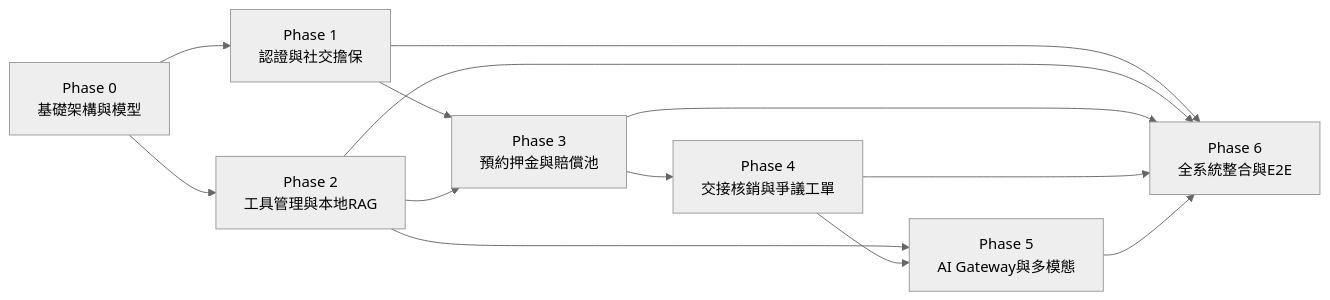
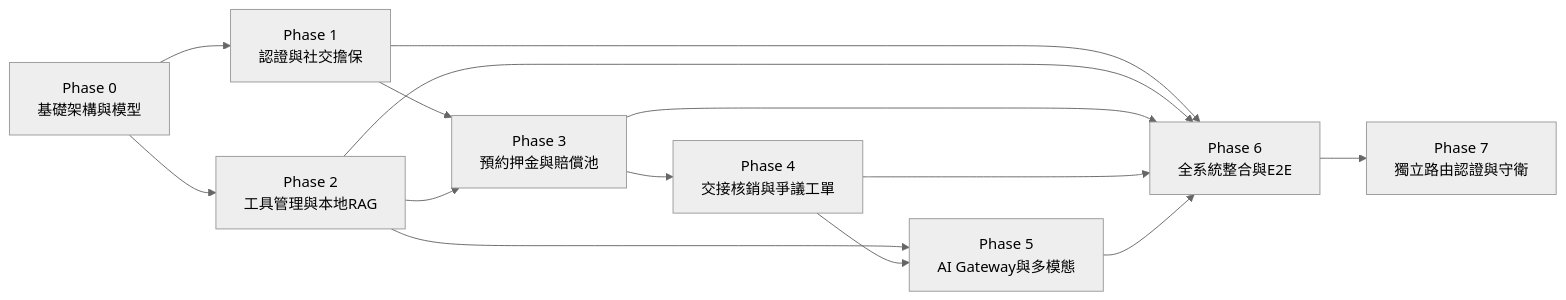
One commit to derickchung/linli-tool changed the diagram in todo.md. Above: the diagram before and after it, drawn with Mermaid (neutral theme). The commit also changed other lines of this file and 33 other files, not shown here.

````diff
--- a/todo.md
+++ b/todo.md
@@ -14,9 +14,10 @@
 ```mermaid
 flowchart LR
     P0["Phase 0<br/>基礎架構與模型"] --> P1["Phase 1<br/>認證與社交擔保"]
     P0 --> P2["Phase 2<br/>工具管理與本地RAG"]
     P1 & P2 --> P3["Phase 3<br/>預約押金與賠償池"]
     P3 --> P4["Phase 4<br/>交接核銷與爭議工單"]
     P2 & P4 --> P5["Phase 5<br/>AI Gateway與多模態"]
     P1 & P2 & P3 & P4 & P5 --> P6["Phase 6<br/>全系統整合與E2E"]
+    P6 --> P7["Phase 7<br/>獨立路由認證與守衛"]
 ```
````
